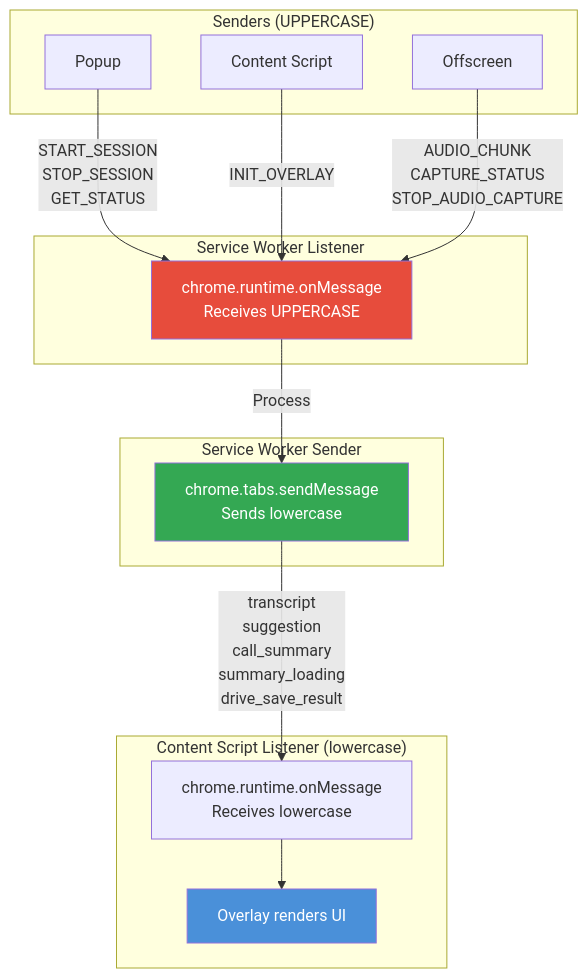
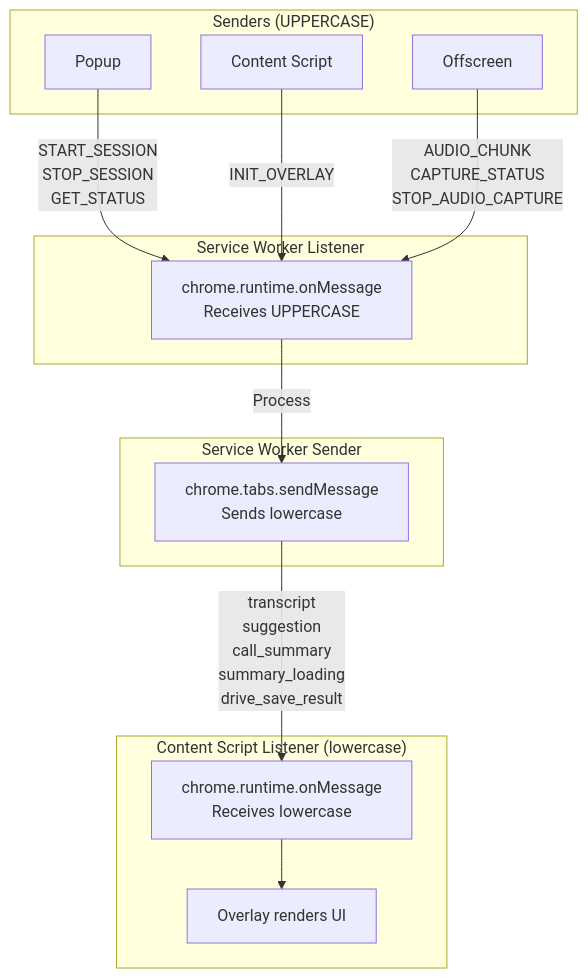
The fifth of 7 diagrams in docs/diagrams/SEQUENCES.md (AntoineDubuc/wingman-ai), drawn with Mermaid before and after one commit. The commit also changed 1 other file, not shown here.

Commit message:
fix: Remove custom colors from Mermaid diagrams for dark mode compatibility
Remove all style directives to use Mermaid's default theme, which adapts
properly to GitHub's light/dark mode.

````diff
--- a/docs/diagrams/SEQUENCES.md
+++ b/docs/diagrams/SEQUENCES.md
@@ -252,34 +252,31 @@
 ```mermaid
 flowchart TB
     subgraph "Senders (UPPERCASE)"
         Popup[Popup]
         Content[Content Script]
         Offscreen[Offscreen]
     end
 
     subgraph "Service Worker Listener"
         Listener[chrome.runtime.onMessage<br/>Receives UPPERCASE]
     end
 
     subgraph "Service Worker Sender"
         Sender[chrome.tabs.sendMessage<br/>Sends lowercase]
     end
 
     subgraph "Content Script Listener (lowercase)"
         ContentListener[chrome.runtime.onMessage<br/>Receives lowercase]
         OverlayRender[Overlay renders UI]
     end
 
     Popup -->|START_SESSION<br/>STOP_SESSION<br/>GET_STATUS| Listener
     Content -->|INIT_OVERLAY| Listener
     Offscreen -->|AUDIO_CHUNK<br/>CAPTURE_STATUS<br/>STOP_AUDIO_CAPTURE| Listener
 
     Listener --> |Process| Sender
 
     Sender -->|transcript<br/>suggestion<br/>call_summary<br/>summary_loading<br/>drive_save_result| ContentListener
     ContentListener --> OverlayRender
 
-    style Listener fill:#E74C3C,color:#fff
-    style Sender fill:#34A853,color:#fff
-    style OverlayRender fill:#4A90D9,color:#fff
 ```
````
